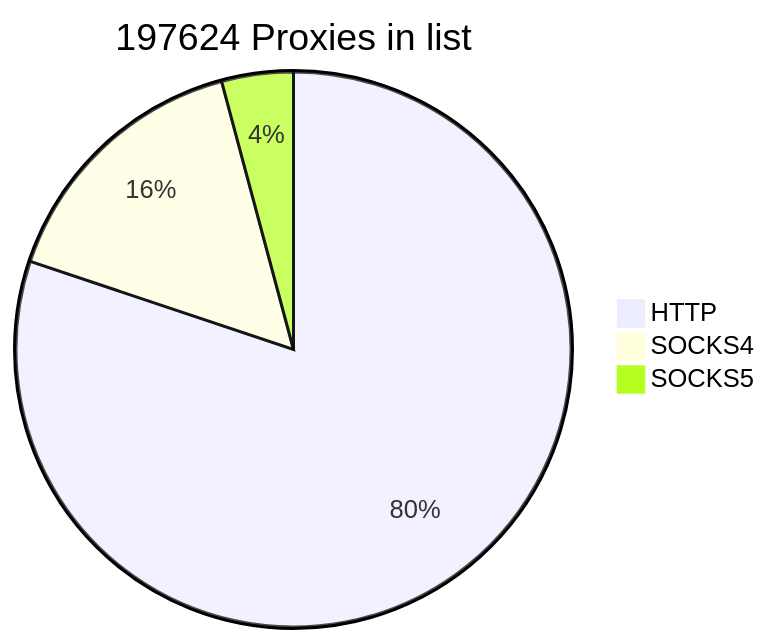
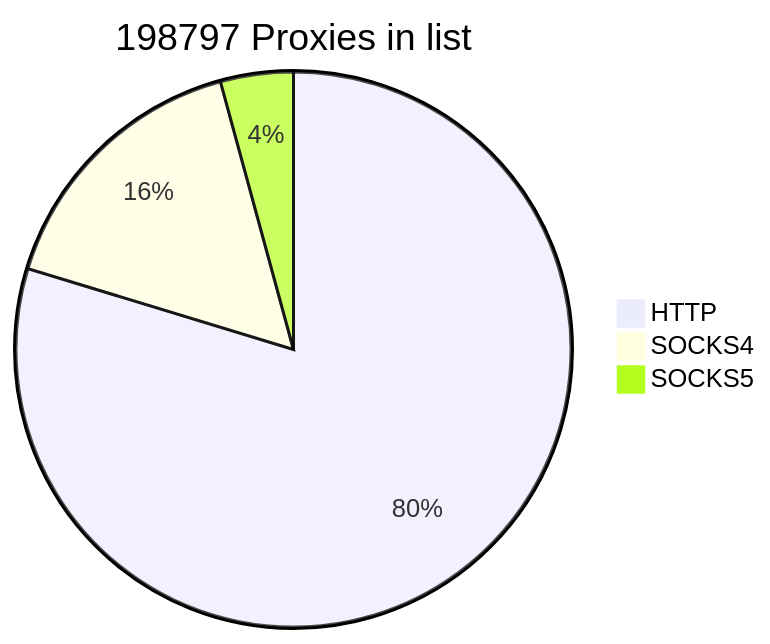
The first of 2 diagrams in README.md (cutipu/proxylist), drawn with Mermaid before and after one commit. The commit also changed other lines of this file, not shown here.

````diff
--- a/README.md
+++ b/README.md
@@ -2,7 +2,7 @@
 ```mermaid
-pie title 197624 Proxies in list
-    "HTTP" : 158381
-    "SOCKS4" : 31002
-    "SOCKS5" : 8241
+pie title 198797 Proxies in list
+    "HTTP" : 158452
+    "SOCKS4" : 31923
+    "SOCKS5" : 8422
             
 ```
````
